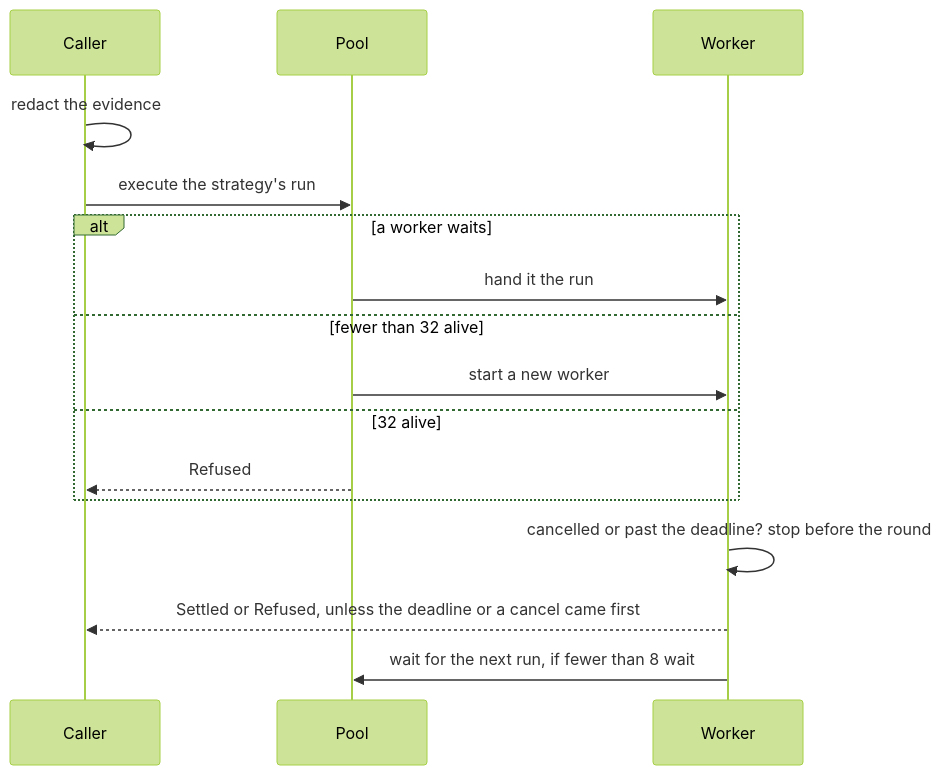
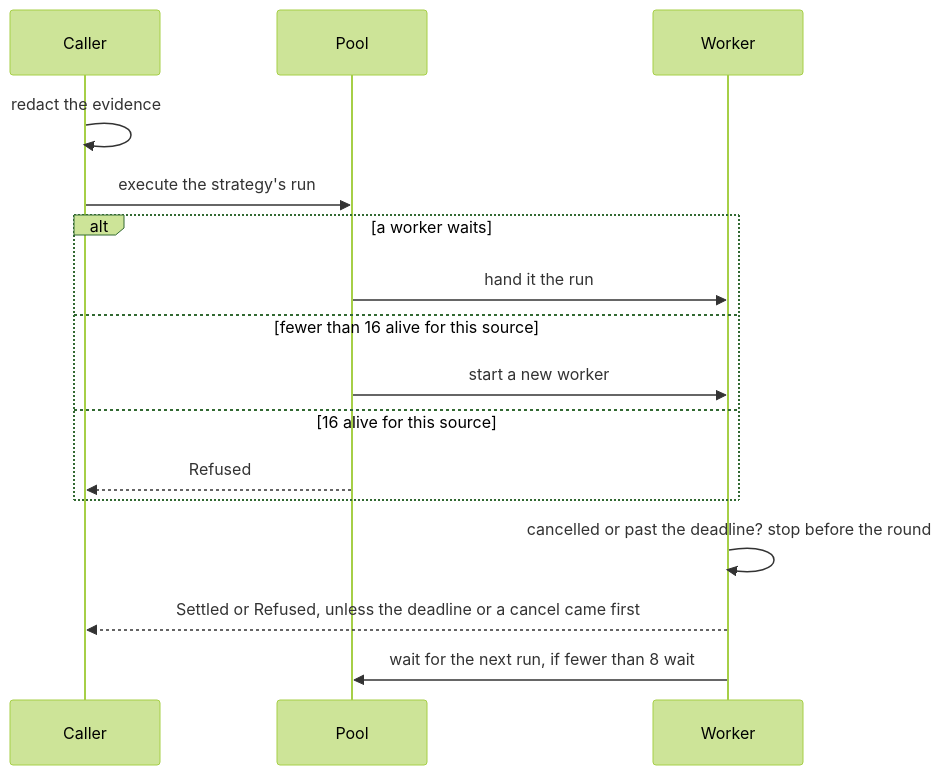
Before and after one commit to wrkhse/chauffeur: the diagram in crates/runtime/src/run/README.md, drawn with Mermaid (forest theme). The commit also changed other lines of this file and 9 other files, not shown here.

````diff
--- a/crates/runtime/src/run/README.md
+++ b/crates/runtime/src/run/README.md
@@ -15,18 +15,18 @@
 ```mermaid
 sequenceDiagram
     participant C as Caller
     participant P as Pool
     participant W as Worker
     C->>C: redact the evidence
     C->>P: execute the strategy's run
     alt a worker waits
         P->>W: hand it the run
-    else fewer than 32 alive
+    else fewer than 16 alive for this source
         P->>W: start a new worker
-    else 32 alive
+    else 16 alive for this source
         P-->>C: Refused
     end
     W->>W: cancelled or past the deadline? stop before the round
     W-->>C: Settled or Refused, unless the deadline or a cancel came first
     W->>P: wait for the next run, if fewer than 8 wait
 ```
````
